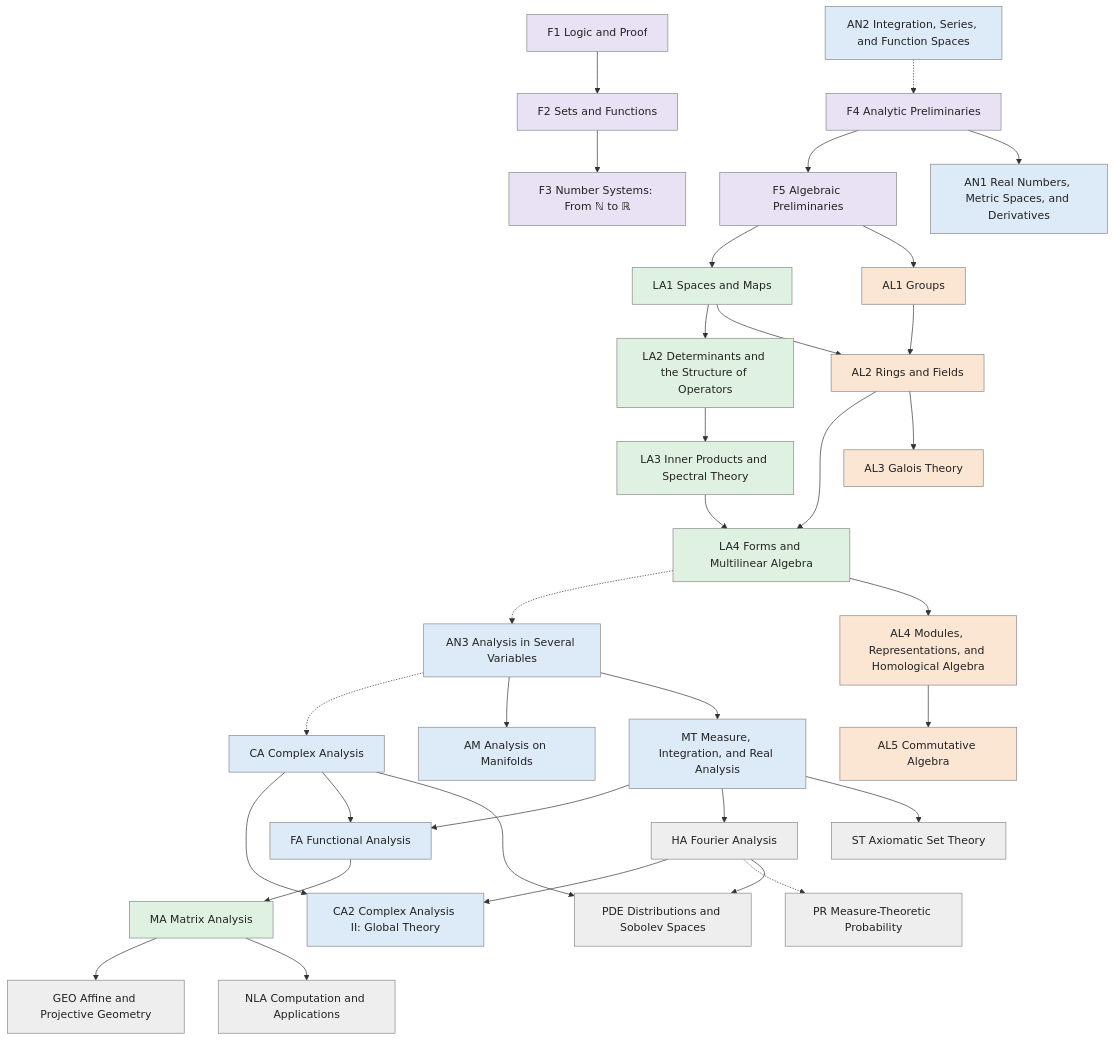
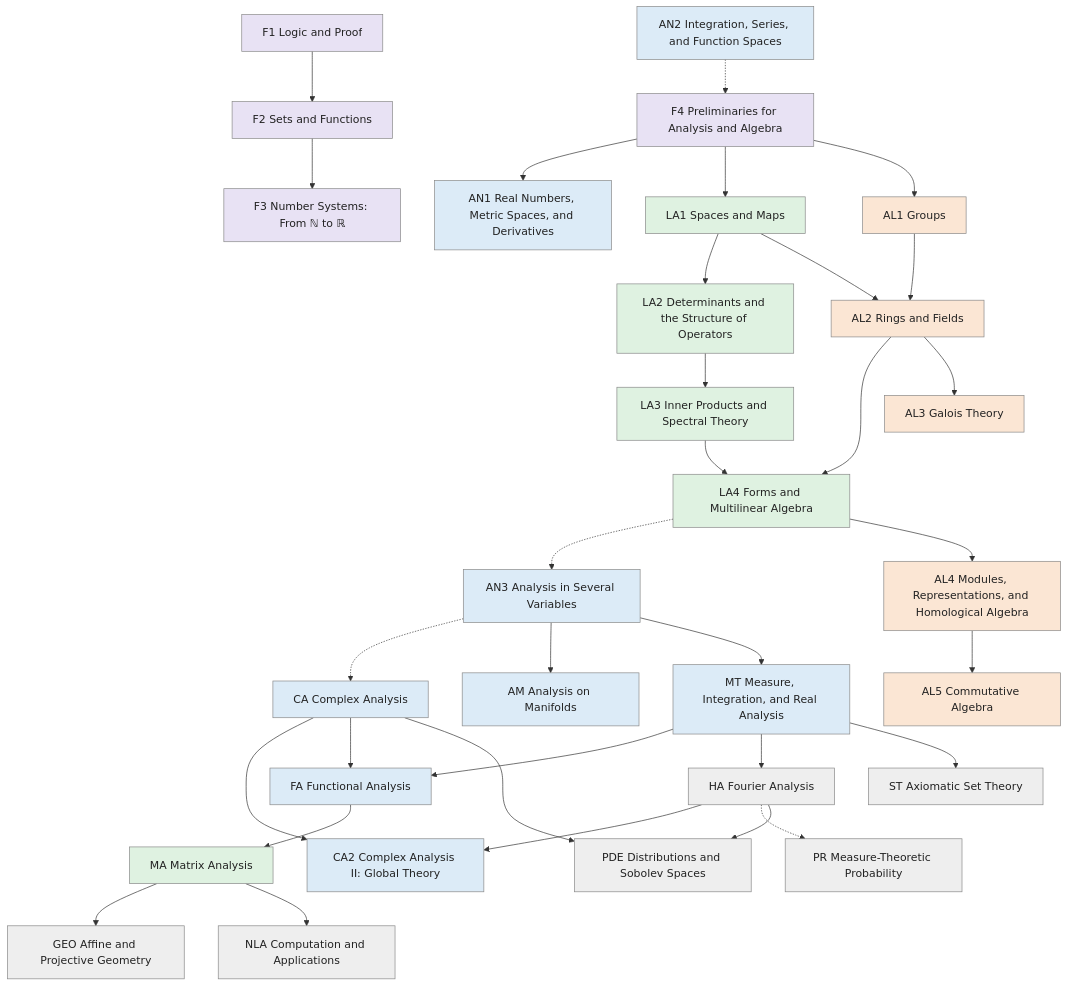
The diagram in generated/volumes.mmd (AkizumiFox/math-atlas), drawn with Mermaid before and after one commit. The commit also changed 15 other files, not shown here.

Commit message:
fd4+fd5 merged: Preliminaries for Analysis and Algebra, structural move (merge-proposal.md)

```diff
--- a/generated/volumes.mmd
+++ b/generated/volumes.mmd
@@ -1,67 +1,65 @@
 flowchart TD
   F1["F1 Logic and Proof"]:::found
   F2["F2 Sets and Functions"]:::found
   F3["F3 Number Systems: From ℕ to ℝ"]:::found
-  F4["F4 Analytic Preliminaries"]:::found
-  F5["F5 Algebraic Preliminaries"]:::found
+  F4["F4 Preliminaries for Analysis and Algebra"]:::found
   AN1["AN1 Real Numbers, Metric Spaces, and Derivatives"]:::analysis
   LA1["LA1 Spaces and Maps"]:::linalg
   AL1["AL1 Groups"]:::algebra
   LA2["LA2 Determinants and the Structure of Operators"]:::linalg
   LA3["LA3 Inner Products and Spectral Theory"]:::linalg
   AL2["AL2 Rings and Fields"]:::algebra
   LA4["LA4 Forms and Multilinear Algebra"]:::linalg
   AN2["AN2 Integration, Series, and Function Spaces"]:::analysis
   AN3["AN3 Analysis in Several Variables"]:::analysis
   CA["CA Complex Analysis"]:::analysis
   AL3["AL3 Galois Theory"]:::algebra
   CA2["CA2 Complex Analysis II: Global Theory"]:::analysis
   AM["AM Analysis on Manifolds"]:::analysis
   MT["MT Measure, Integration, and Real Analysis"]:::analysis
   FA["FA Functional Analysis"]:::analysis
   AL4["AL4 Modules, Representations, and Homological Algebra"]:::algebra
   AL5["AL5 Commutative Algebra"]:::algebra
   MA["MA Matrix Analysis"]:::linalg
   HA["HA Fourier Analysis"]:::side
   PR["PR Measure-Theoretic Probability"]:::side
   PDE["PDE Distributions and Sobolev Spaces"]:::side
   GEO["GEO Affine and Projective Geometry"]:::side
   NLA["NLA Computation and Applications"]:::side
   ST["ST Axiomatic Set Theory"]:::side
   F1 --> F2
   F2 --> F3
   AN2 -.-> F4
-  F4 --> F5
   F4 --> AN1
-  F5 --> LA1
-  F5 --> AL1
+  F4 --> LA1
+  F4 --> AL1
   LA1 --> LA2
   LA2 --> LA3
   AL1 --> AL2
   LA1 --> AL2
   AL2 --> LA4
   LA3 --> LA4
   LA4 -.-> AN3
   AN3 -.-> CA
   AL2 --> AL3
   CA --> CA2
   HA --> CA2
   AN3 --> AM
   AN3 --> MT
   CA --> FA
   MT --> FA
   LA4 --> AL4
   AL4 --> AL5
   FA --> MA
   MT --> HA
   HA -.-> PR
   CA --> PDE
   HA --> PDE
   MA --> GEO
   MA --> NLA
   MT --> ST
   classDef found fill:#e8e2f4,stroke:#888,color:#222
   classDef analysis fill:#dcebf7,stroke:#888,color:#222
   classDef linalg fill:#dff2e1,stroke:#888,color:#222
   classDef algebra fill:#fbe6d4,stroke:#888,color:#222
   classDef side fill:#eeeeee,stroke:#888,color:#222
```
